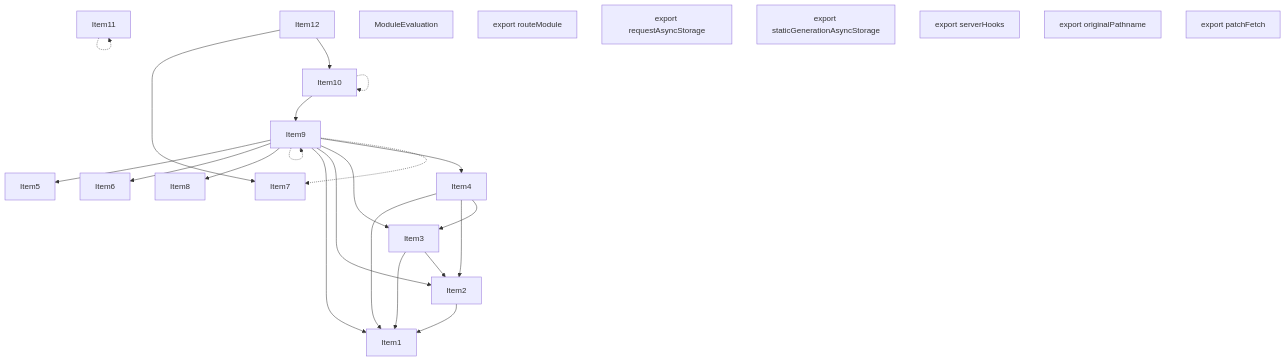
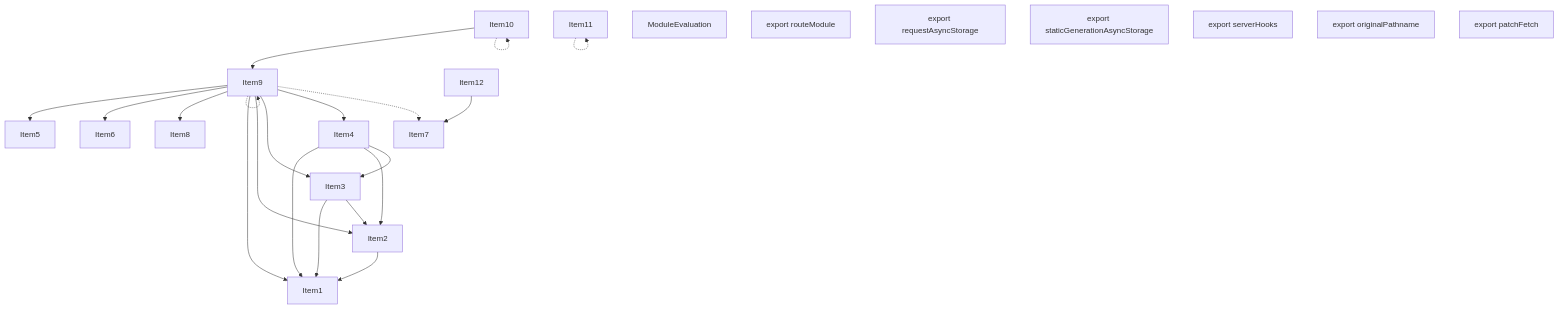
The third of 5 diagrams in crates/turbopack-ecmascript/tests/tree-shaker/analyzer/app-route/output.md (vercel/turborepo), drawn with Mermaid before and after one commit. The commit also changed other lines of this file and 20 other files, not shown here.

````diff
--- a/crates/turbopack-ecmascript/tests/tree-shaker/analyzer/app-route/output.md
+++ b/crates/turbopack-ecmascript/tests/tree-shaker/analyzer/app-route/output.md
@@ -231,49 +231,48 @@
 ```mermaid
 graph TD
     Item1;
     Item5;
     Item2;
     Item6;
     Item3;
     Item7;
     Item4;
     Item8;
     Item9;
     Item10;
     Item11;
     Item12;
     Item13;
     Item13["ModuleEvaluation"];
     Item14;
     Item14["export routeModule"];
     Item15;
     Item15["export requestAsyncStorage"];
     Item16;
     Item16["export staticGenerationAsyncStorage"];
     Item17;
     Item17["export serverHooks"];
     Item18;
     Item18["export originalPathname"];
     Item19;
     Item19["export patchFetch"];
     Item2 --> Item1;
     Item3 --> Item1;
     Item3 --> Item2;
     Item4 --> Item1;
     Item4 --> Item2;
     Item4 --> Item3;
     Item9 --> Item5;
     Item9 --> Item6;
     Item9 --> Item8;
     Item9 -.-> Item9;
     Item9 --> Item1;
     Item9 --> Item2;
     Item9 --> Item3;
     Item9 --> Item4;
     Item9 -.-> Item7;
     Item10 --> Item9;
     Item10 -.-> Item10;
     Item11 -.-> Item11;
     Item12 --> Item7;
-    Item12 --> Item10;
 ```
````
